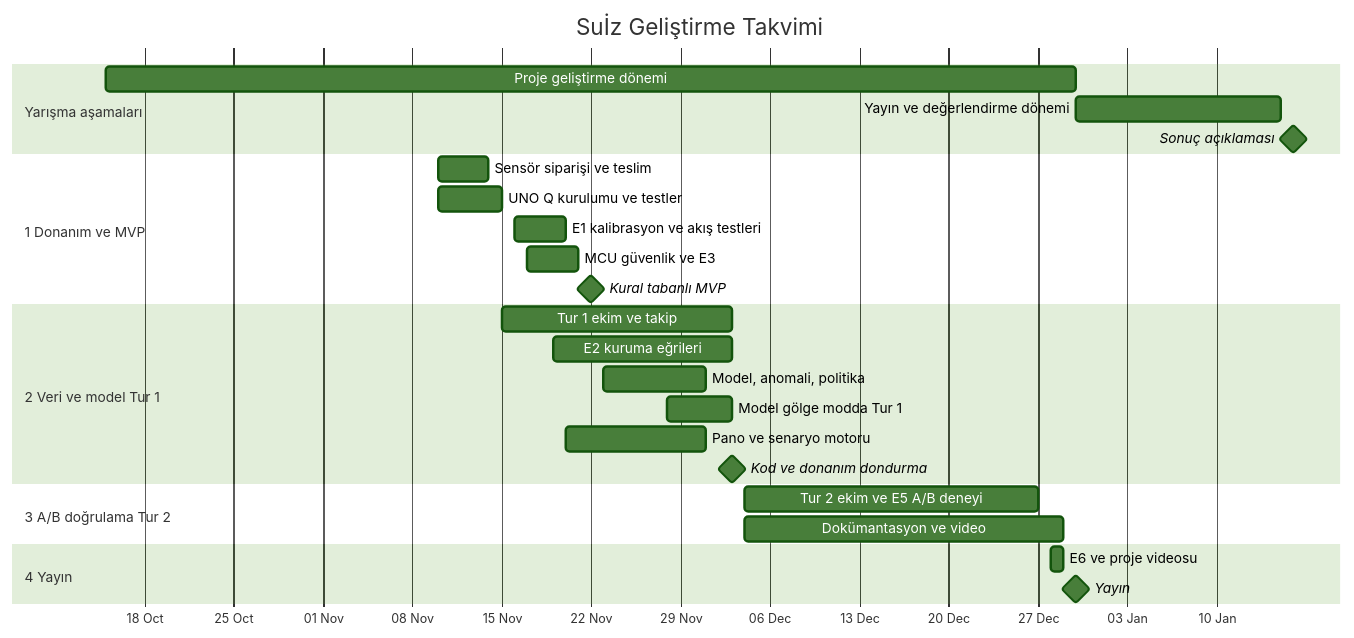
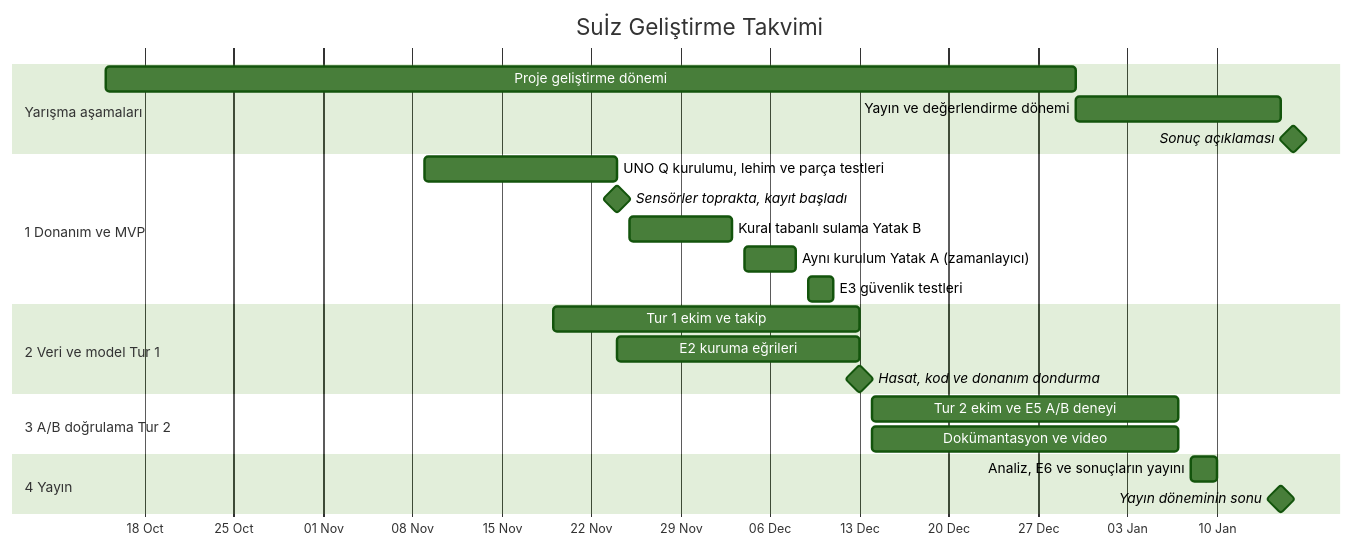
Before and after one commit to Berceste-Team/Su-z: the third of 3 diagrams in README.md, drawn with Mermaid (forest theme). The commit also changed other lines of this file and 7 other files, not shown here.

First line of the commit message:
Sync docs and wiring diagram with parts check of 16 Nov 2026

````diff
--- a/README.md
+++ b/README.md
@@ -584,34 +586,31 @@
 ```mermaid
 gantt
     title Suİz Geliştirme Takvimi
     dateFormat  YYYY-MM-DD
     axisFormat  %d %b
 
     section Yarışma aşamaları
     Proje geliştirme dönemi                 :a3, 2026-10-15, 2026-12-30
     Yayın ve değerlendirme dönemi           :a4, 2026-12-30, 2027-01-15
     Sonuç açıklaması                        :milestone, a5, 2027-01-16, 0d
 
     section 1 Donanım ve MVP
-    Sensör siparişi ve teslim               :d0, 2026-11-10, 2026-11-14
-    UNO Q kurulumu ve testler               :d1, 2026-11-10, 2026-11-15
-    E1 kalibrasyon ve akış testleri         :d2, 2026-11-16, 2026-11-20
-    MCU güvenlik ve E3                      :d3, 2026-11-17, 2026-11-21
-    Kural tabanlı MVP                       :milestone, m2, 2026-11-22, 0d
+    UNO Q kurulumu, lehim ve parça testleri :d1, 2026-11-09, 2026-11-24
+    Sensörler toprakta, kayıt başladı       :milestone, m1, 2026-11-24, 0d
+    Kural tabanlı sulama Yatak B            :d2, 2026-11-25, 2026-12-03
+    Aynı kurulum Yatak A (zamanlayıcı)      :d3, 2026-12-04, 2026-12-08
+    E3 güvenlik testleri                    :d4, 2026-12-09, 2026-12-11
 
     section 2 Veri ve model Tur 1
-    Tur 1 ekim ve takip                     :v0, 2026-11-15, 2026-12-03
-    E2 kuruma eğrileri                      :v1, 2026-11-19, 2026-12-03
-    Model, anomali, politika                :v2, 2026-11-23, 2026-12-01
-    Model gölge modda Tur 1                 :v4, 2026-11-28, 2026-12-03
-    Pano ve senaryo motoru                  :v3, 2026-11-20, 2026-12-01
-    Kod ve donanım dondurma                 :milestone, m3, 2026-12-03, 0d
+    Tur 1 ekim ve takip                     :v0, 2026-11-19, 2026-12-13
+    E2 kuruma eğrileri                      :v1, 2026-11-24, 2026-12-13
+    Hasat, kod ve donanım dondurma          :milestone, m3, 2026-12-13, 0d
 
     section 3 A/B doğrulama Tur 2
-    Tur 2 ekim ve E5 A/B deneyi                           :e1, 2026-12-04, 2026-12-27
-    Dokümantasyon ve video                  :e2, 2026-12-04, 2026-12-29
+    Tur 2 ekim ve E5 A/B deneyi             :e1, 2026-12-14, 2027-01-07
+    Dokümantasyon ve video                  :e2, 2026-12-14, 2027-01-07
 
     section 4 Yayın
-    E6 ve proje videosu                     :p1, 2026-12-28, 2026-12-29
-    Yayın                                   :milestone, m4, 2026-12-30, 0d
+    Analiz, E6 ve sonuçların yayını         :p1, 2027-01-08, 2027-01-10
+    Yayın döneminin sonu                    :milestone, m4, 2027-01-15, 0d
 ```
````
